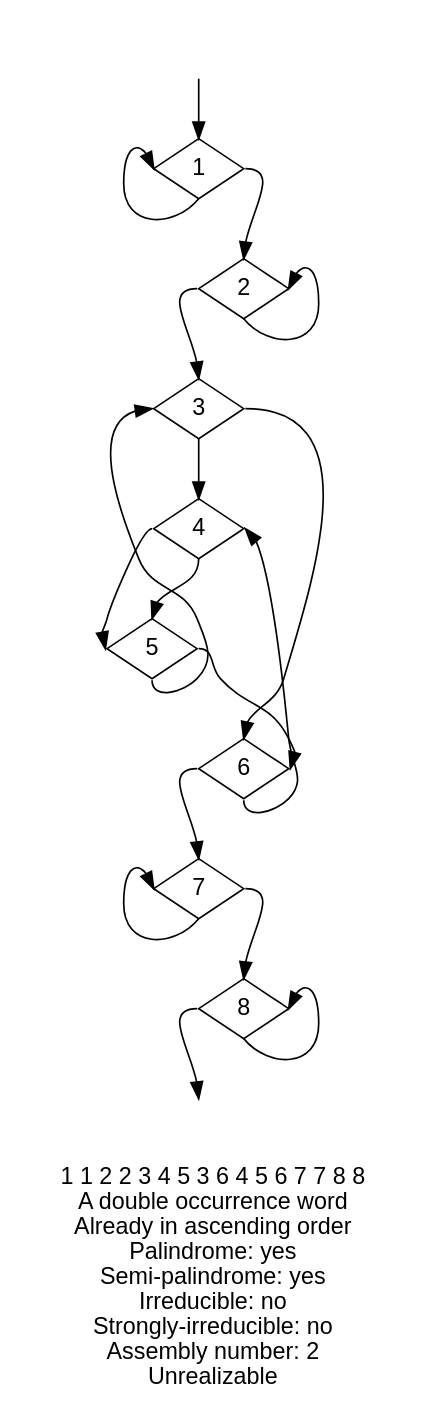
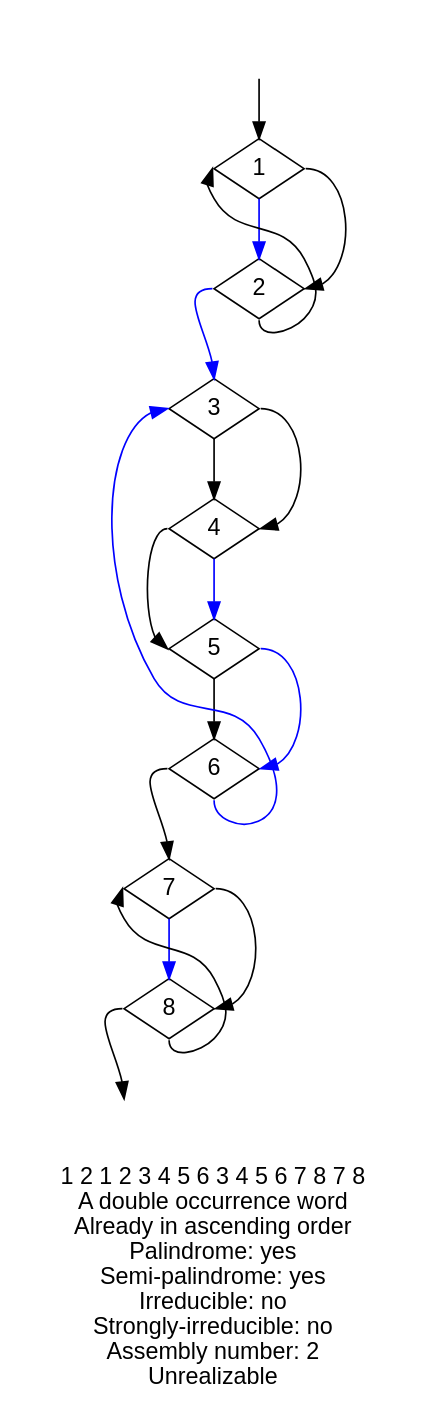
The diagram in data/semi_palindrome_len_8_an_2.dot (didedoshka/double_occurrence_words), drawn with Graphviz before and after one commit. The commit also changed 21 other files, not shown here.

```diff
--- a/data/semi_palindrome_len_8_an_2.dot
+++ b/data/semi_palindrome_len_8_an_2.dot
@@ -1,25 +1,25 @@
 digraph {
 fontname="Helvetica"
 node [fontname="Helvetica"]
 node [shape=diamond]
-label="1 1 2 2 3 4 5 3 6 4 5 6 7 7 8 8 \nA double occurrence word\nAlready in ascending order\nPalindrome: yes\nSemi-palindrome: yes\nIrreducible: no\nStrongly-irreducible: no\nAssembly number: 2\nUnrealizable\n"
+label="1 2 1 2 3 4 5 6 3 4 5 6 7 8 7 8 \nA double occurrence word\nAlready in ascending order\nPalindrome: yes\nSemi-palindrome: yes\nIrreducible: no\nStrongly-irreducible: no\nAssembly number: 2\nUnrealizable\n"
 a [style="invis"]
 b [style="invis"]
 a:s -> 1:n
-1:s -> 1:w
-1:e -> 2:n
-2:s -> 2:e
-2:w -> 3:n
+1:s -> 2:n [color="blue"]
+2:s -> 1:w
+1:e -> 2:e
+2:w -> 3:n [color="blue"]
 3:s -> 4:n
-4:s -> 5:n
-5:s -> 3:w
-3:e -> 6:n
-6:s -> 4:e
+4:s -> 5:n [color="blue"]
+5:s -> 6:n
+6:s -> 3:w [color="blue"]
+3:e -> 4:e
 4:w -> 5:w
-5:e -> 6:e
+5:e -> 6:e [color="blue"]
 6:w -> 7:n
-7:s -> 7:w
-7:e -> 8:n
-8:s -> 8:e
+7:s -> 8:n [color="blue"]
+8:s -> 7:w
+7:e -> 8:e
 8:w -> b:n
 }
```
